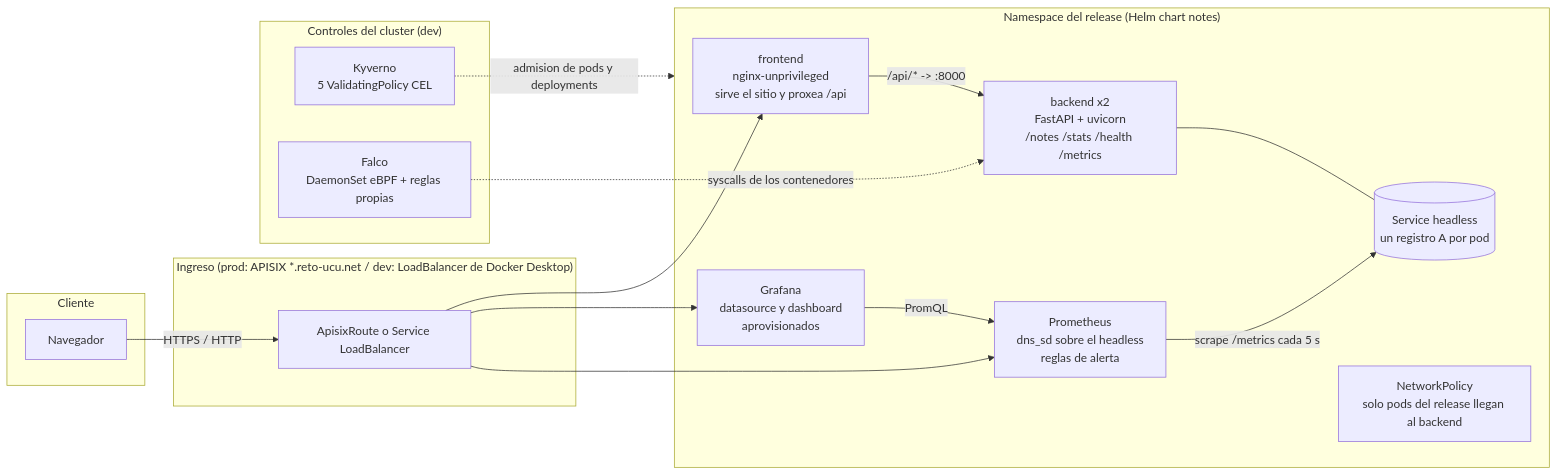
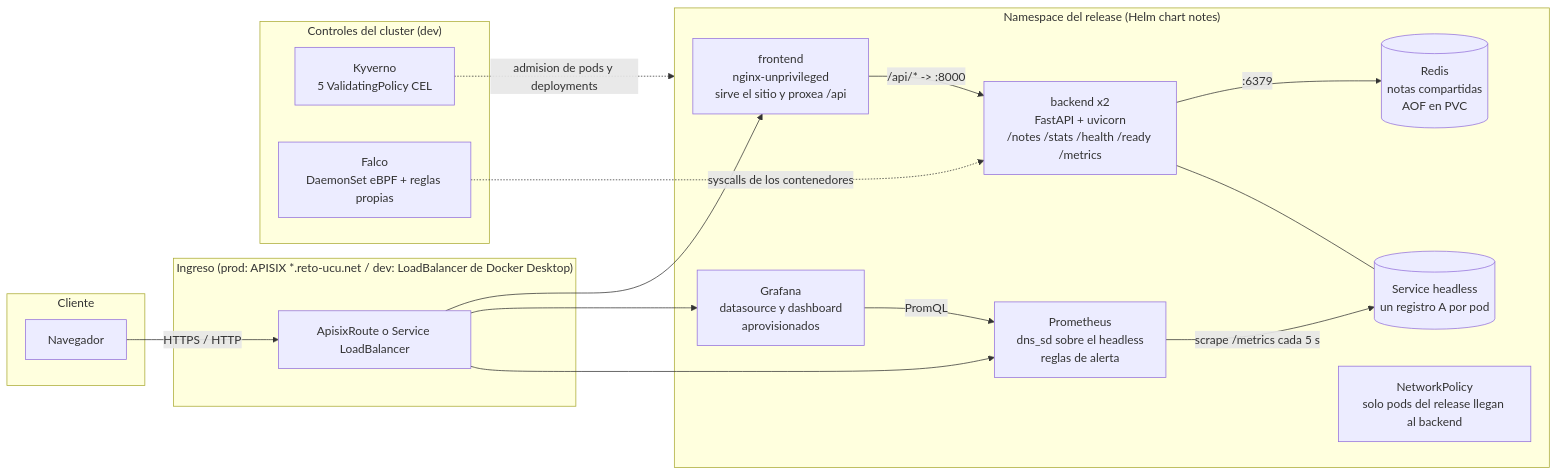
Before and after one commit to felicabrera/devops-entregable4: the first of 2 diagrams in docs/arquitectura.md, drawn with Mermaid. The commit also changed other lines of this file and 24 other files, not shown here.

First line of the commit message:
fix: almacenamiento compartido en Redis para las notas y correcciones del QA e2e

````diff
--- a/docs/arquitectura.md
+++ b/docs/arquitectura.md
@@ -5,35 +5,37 @@
 ```mermaid
 flowchart LR
     subgraph Cliente
         U[Navegador]
     end
 
     subgraph Ingreso["Ingreso (prod: APISIX *.reto-ucu.net / dev: LoadBalancer de Docker Desktop)"]
         R[ApisixRoute o Service LoadBalancer]
     end
 
     subgraph NS["Namespace del release (Helm chart notes)"]
         F[frontend<br/>nginx-unprivileged<br/>sirve el sitio y proxea /api]
-        B[backend x2<br/>FastAPI + uvicorn<br/>/notes /stats /health /metrics]
+        B[backend x2<br/>FastAPI + uvicorn<br/>/notes /stats /health /ready /metrics]
+        RD[(Redis<br/>notas compartidas<br/>AOF en PVC)]
         H[(Service headless<br/>un registro A por pod)]
         P[Prometheus<br/>dns_sd sobre el headless<br/>reglas de alerta]
         G[Grafana<br/>datasource y dashboard<br/>aprovisionados]
         NP[NetworkPolicy<br/>solo pods del release llegan al backend]
     end
 
     subgraph Cluster["Controles del cluster (dev)"]
         K[Kyverno<br/>5 ValidatingPolicy CEL]
         FA[Falco<br/>DaemonSet eBPF + reglas propias]
     end
 
     U -->|HTTPS / HTTP| R
     R --> F
     R --> G
     R --> P
     F -->|/api/* -> :8000| B
+    B -->|:6379| RD
     B --- H
     P -->|scrape /metrics cada 5 s| H
     G -->|PromQL| P
     K -. admision de pods y deployments .-> NS
     FA -. syscalls de los contenedores .-> B
 ```
````
